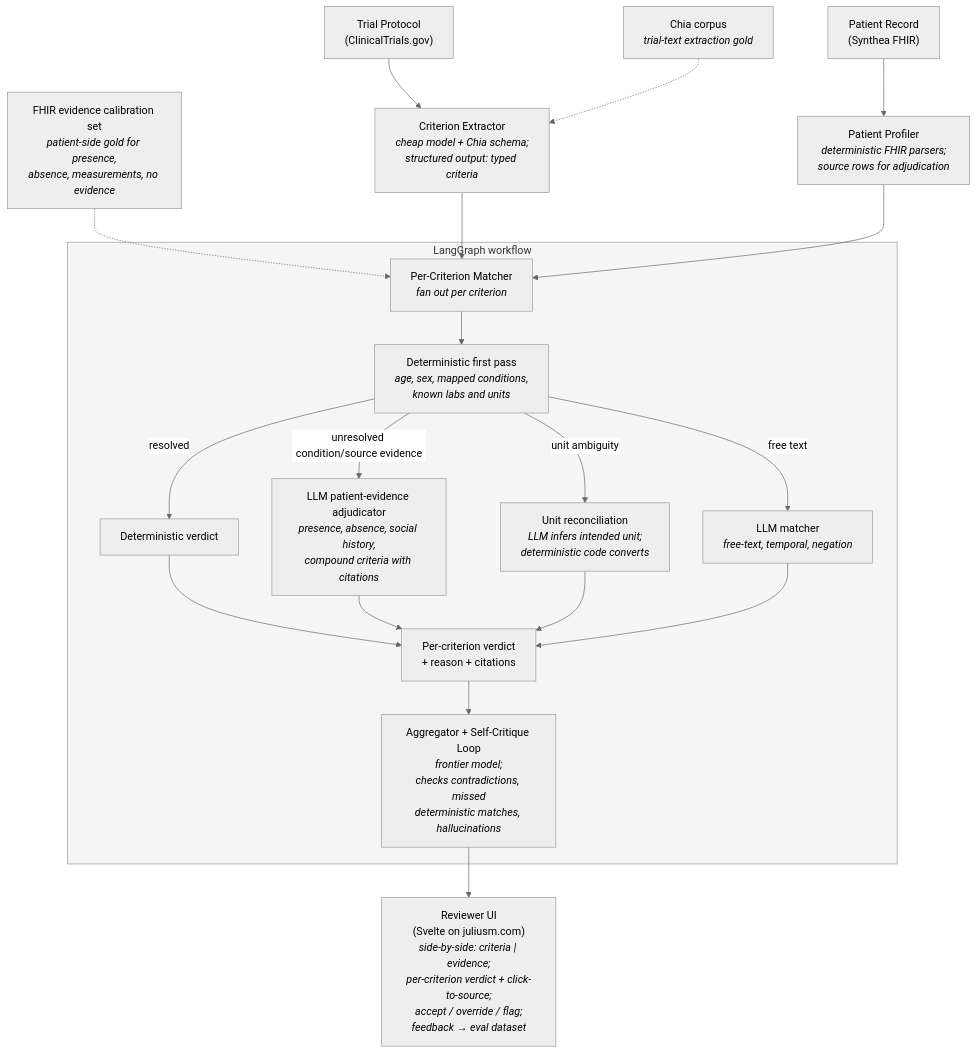
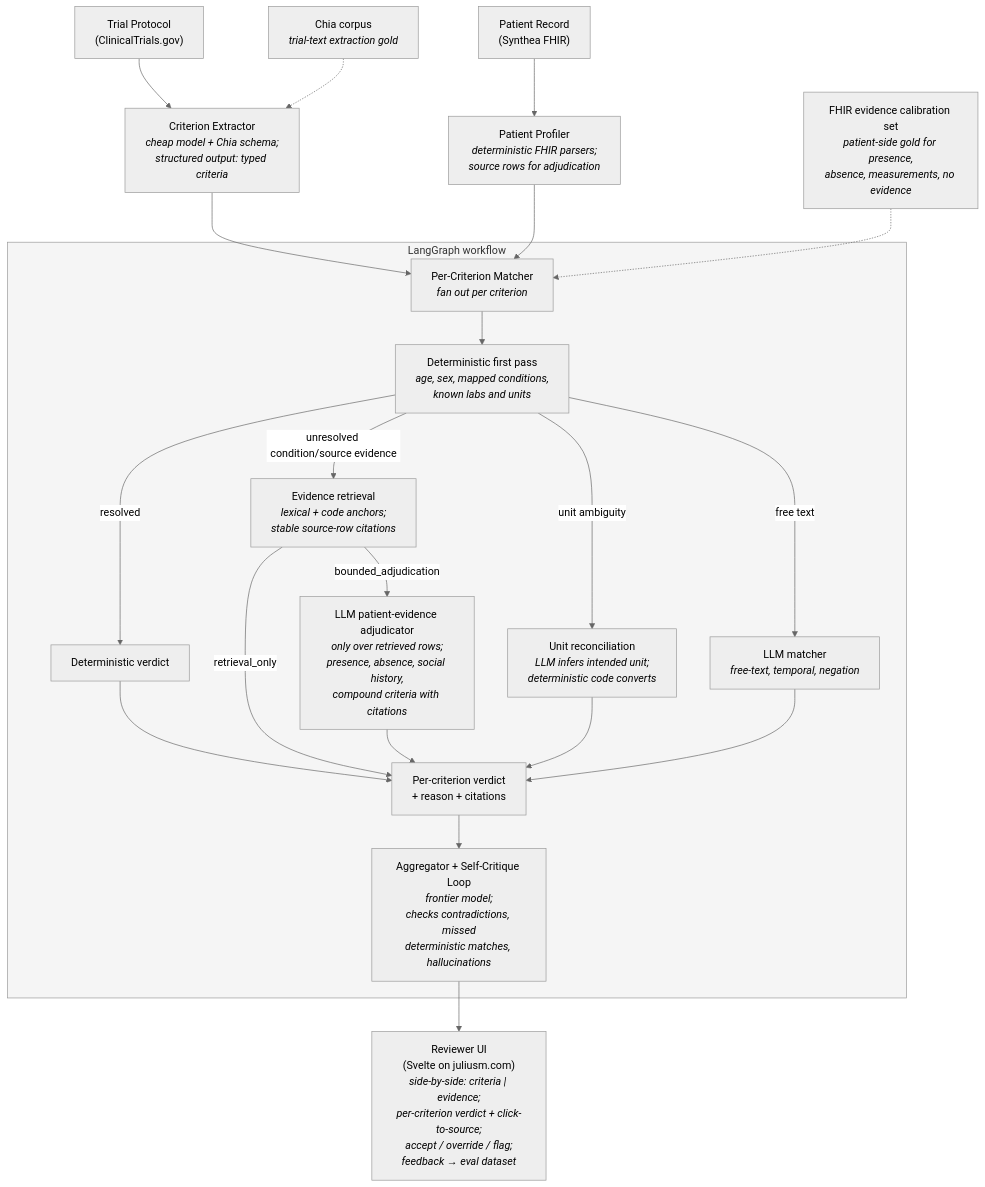
Before and after one commit to jbmopper/clinical_demo: the diagram in description.md, drawn with Mermaid (neutral theme). The commit also changed other lines of this file and 8 other files, not shown here.

Commit message:
Recenter patient evidence roadmap

````diff
--- a/description.md
+++ b/description.md
@@ -46,29 +46,31 @@
 ```mermaid
 flowchart TD
     A["Trial Protocol<br/>(ClinicalTrials.gov)"] --> B["Criterion Extractor<br/><i>cheap model + Chia schema;<br/>structured output: typed criteria</i>"]
     C["Patient Record<br/>(Synthea FHIR)"] --> D["Patient Profiler<br/><i>deterministic FHIR parsers;<br/>source rows for adjudication</i>"]
 
     CH["Chia corpus<br/><i>trial-text extraction gold</i>"] -.-> B
     FH["FHIR evidence calibration set<br/><i>patient-side gold for presence,<br/>absence, measurements, no evidence</i>"] -.-> E
 
     B --> E
     D --> E
 
     subgraph LG["LangGraph workflow"]
         E["Per-Criterion Matcher<br/><i>fan out per criterion</i>"]
         E --> F["Deterministic first pass<br/><i>age, sex, mapped conditions,<br/>known labs and units</i>"]
         F -->|resolved| G["Deterministic verdict"]
-        F -->|unresolved condition/source evidence| H["LLM patient-evidence adjudicator<br/><i>presence, absence, social history,<br/>compound criteria with citations</i>"]
+        F -->|unresolved condition/source evidence| R["Evidence retrieval<br/><i>lexical + code anchors;<br/>stable source-row citations</i>"]
+        R -->|retrieval_only| I
+        R -->|bounded_adjudication| H["LLM patient-evidence adjudicator<br/><i>only over retrieved rows;<br/>presence, absence, social history,<br/>compound criteria with citations</i>"]
         F -->|unit ambiguity| U["Unit reconciliation<br/><i>LLM infers intended unit;<br/>deterministic code converts</i>"]
         F -->|free text| L["LLM matcher<br/><i>free-text, temporal, negation</i>"]
         G --> I["Per-criterion verdict<br/>+ reason + citations"]
         H --> I
         U --> I
         L --> I
         I --> J["Aggregator + Self-Critique Loop<br/><i>frontier model;<br/>checks contradictions, missed<br/>deterministic matches, hallucinations</i>"]
     end
 
     J --> K["Reviewer UI<br/>(Svelte on juliusm.com)<br/><i>side-by-side: criteria | evidence;<br/>per-criterion verdict + click-to-source;<br/>accept / override / flag;<br/>feedback → eval dataset</i>"]
 
     style LG fill:#f5f5f5,stroke:#999,stroke-width:1px
 ```
````
